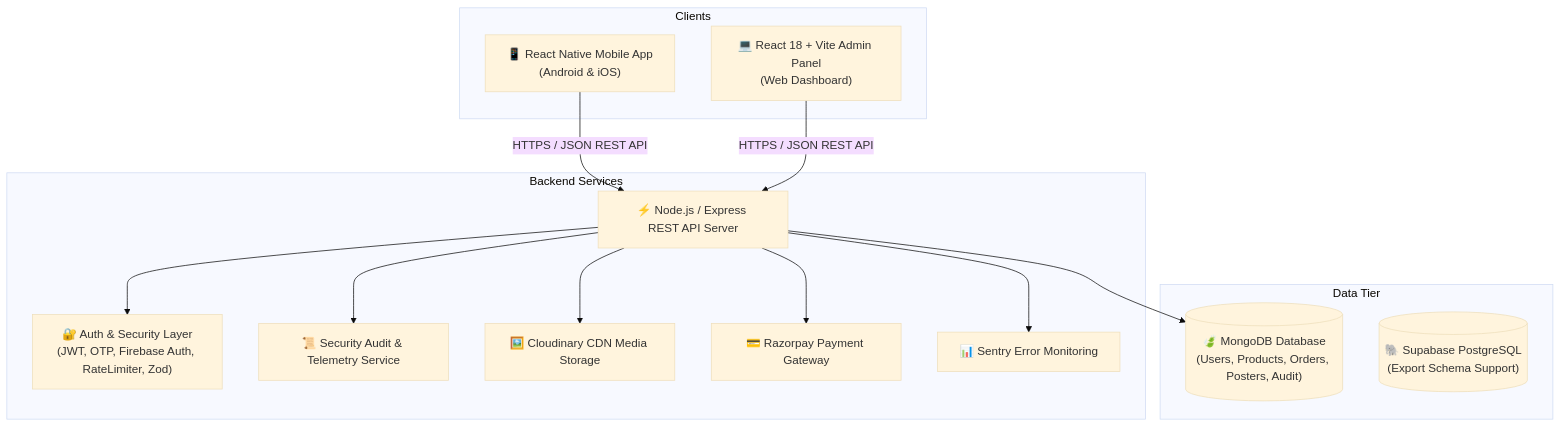
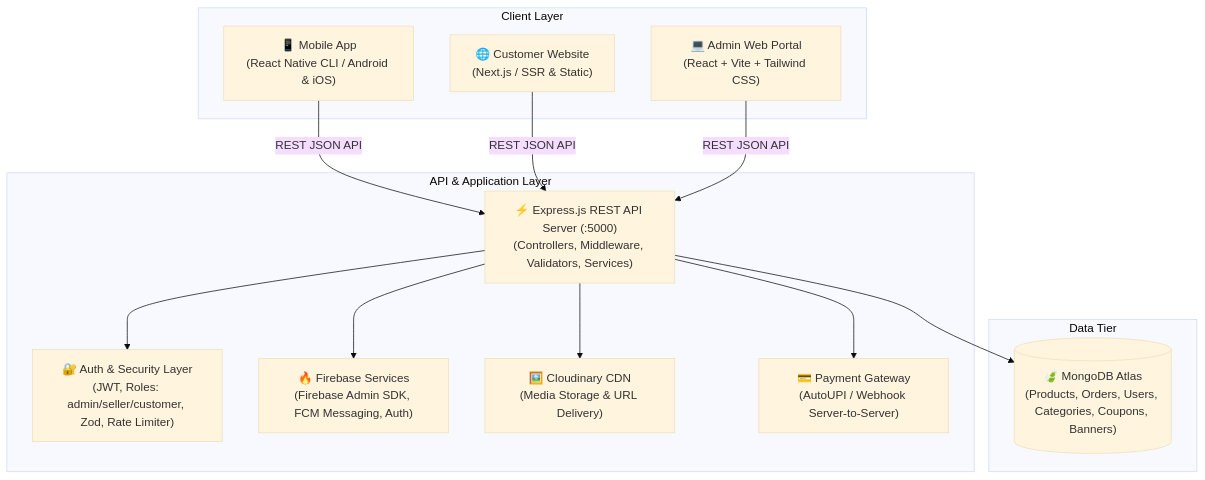
One commit to kunal285/Tech-Crate changed the diagram in docs/ARCHITECTURE.md. Above: the diagram before and after it, drawn with Mermaid (base theme). The commit also changed other lines of this file and 93 other files, not shown here.

Commit message:
fix(mobile): update react-native-reanimated and worklets for RN 0.87 compatibility

````diff
--- a/docs/ARCHITECTURE.md
+++ b/docs/ARCHITECTURE.md
@@ -11,31 +9,30 @@
 ```mermaid
 graph TD
-    subgraph Clients
-        MobileApp["📱 React Native Mobile App<br/>(Android & iOS)"]
-        AdminPanel["💻 React 18 + Vite Admin Panel<br/>(Web Dashboard)"]
+    subgraph Client Layer
+        Mobile["📱 Mobile App<br/>(React Native CLI / Android & iOS)"]
+        Website["🌐 Customer Website<br/>(Next.js / SSR & Static)"]
+        Admin["💻 Admin Web Portal<br/>(React + Vite + Tailwind CSS)"]
     end
 
-    subgraph Backend Services
-        APIServer["⚡ Node.js / Express REST API Server"]
-        AuthModule["🔐 Auth & Security Layer<br/>(JWT, OTP, Firebase Auth, RateLimiter, Zod)"]
-        AuditModule["📜 Security Audit & Telemetry Service"]
-        CloudinaryService["🖼️ Cloudinary CDN Media Storage"]
-        PaymentGateway["💳 Razorpay Payment Gateway"]
-        SentryService["📊 Sentry Error Monitoring"]
+    subgraph API & Application Layer
+        Express["⚡ Express.js REST API Server (:5000)<br/>(Controllers, Middleware, Validators, Services)"]
+        AuthLayer["🔐 Auth & Security Layer<br/>(JWT, Roles: admin/seller/customer, Zod, Rate Limiter)"]
+        FirebaseSvcs["🔥 Firebase Services<br/>(Firebase Admin SDK, FCM Messaging, Auth)"]
+        CloudinaryMedia["🖼️ Cloudinary CDN<br/>(Media Storage & URL Delivery)"]
+        AutoUPI["💳 Payment Gateway<br/>(AutoUPI / Webhook Server-to-Server)"]
     end
 
     subgraph Data Tier
-        MongoDB[("🍃 MongoDB Database<br/>(Users, Products, Orders, Posters, Audit)")]
-        SupabaseSQL[("🐘 Supabase PostgreSQL<br/>(Export Schema Support)")]
+        MongoDB[("🍃 MongoDB Atlas<br/>(Products, Orders, Users, Categories, Coupons, Banners)")]
     end
 
-    MobileApp -->|HTTPS / JSON REST API| APIServer
-    AdminPanel -->|HTTPS / JSON REST API| APIServer
+    Mobile -->|REST JSON API| Express
+    Website -->|REST JSON API| Express
+    Admin -->|REST JSON API| Express
 
-    APIServer --> AuthModule
-    APIServer --> AuditModule
-    APIServer --> MongoDB
-    APIServer --> CloudinaryService
-    APIServer --> PaymentGateway
-    APIServer --> SentryService
+    Express --> AuthLayer
+    Express --> FirebaseSvcs
+    Express --> CloudinaryMedia
+    Express --> AutoUPI
+    Express --> MongoDB
 ```
````
